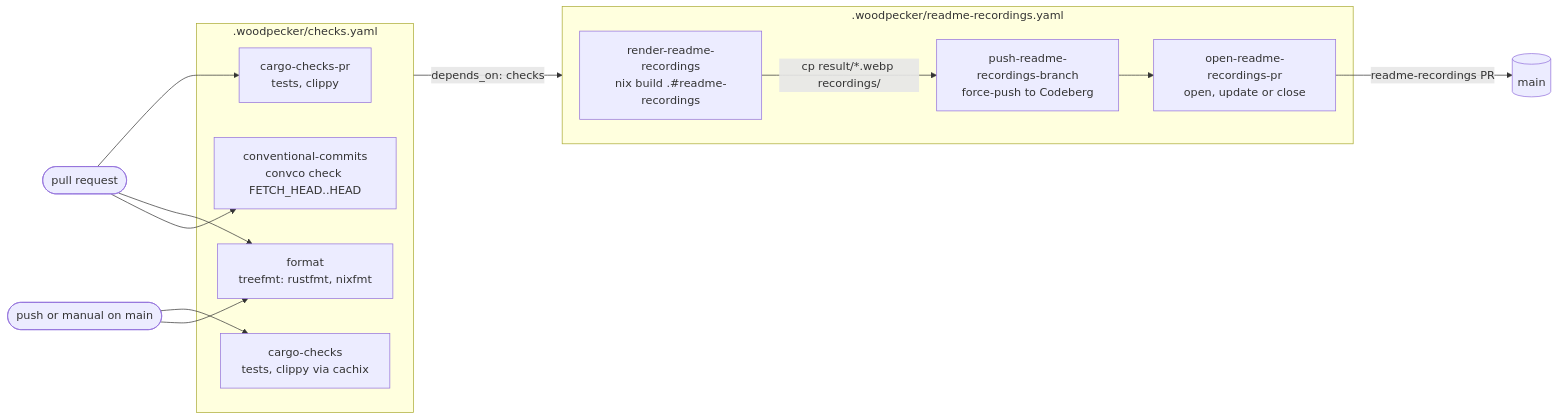
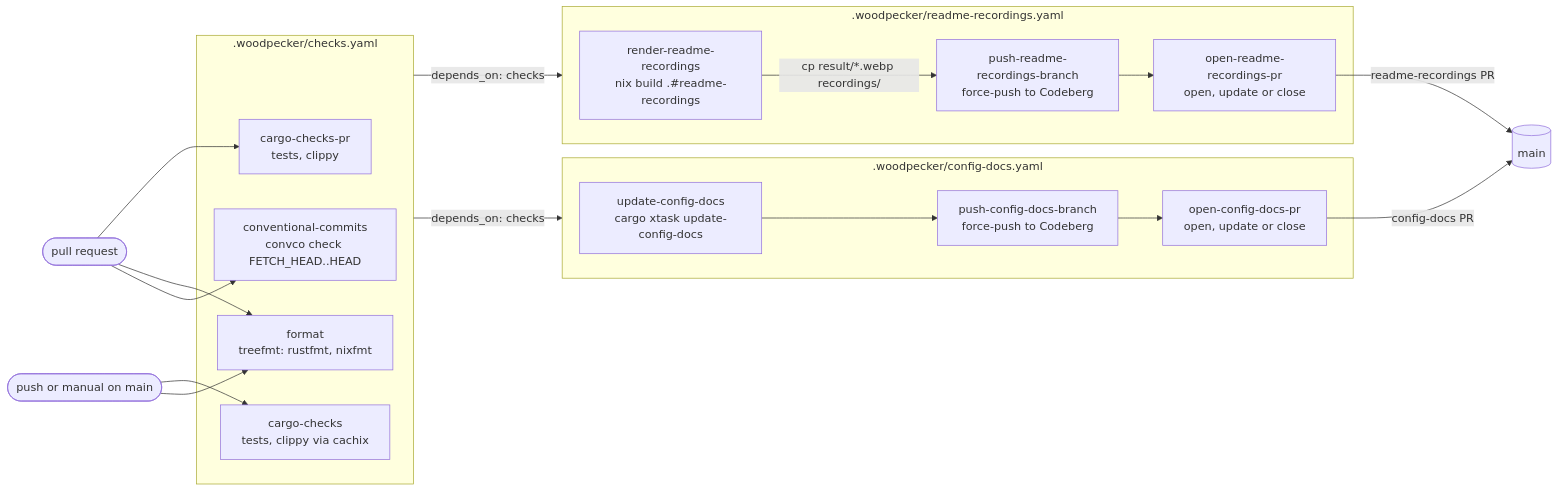
The second of 3 diagrams in docs/development.md (wvhulle/sottomano), drawn with Mermaid before and after one commit. The commit also changed other lines of this file and 12 other files, not shown here.

````diff
--- a/docs/development.md
+++ b/docs/development.md
@@ -98,27 +102,37 @@
 ```mermaid
 flowchart LR
   pull_request_event(["pull request"])
   main_push_event(["push or manual on main"])
 
   subgraph checks_pipeline [".woodpecker/checks.yaml"]
     cargo_checks_pr["cargo-checks-pr<br>tests, clippy"]
     cargo_checks["cargo-checks<br>tests, clippy via cachix"]
     format_check["format<br>treefmt: rustfmt, nixfmt"]
     conventional_commits["conventional-commits<br>convco check FETCH_HEAD..HEAD"]
   end
 
   subgraph recordings_pipeline [".woodpecker/readme-recordings.yaml"]
     render_recordings["render-readme-recordings<br>nix build .#readme-recordings"]
     push_recordings_branch["push-readme-recordings-branch<br>force-push to Codeberg"]
     open_recordings_pull_request["open-readme-recordings-pr<br>open, update or close"]
     render_recordings -->|"cp result/*.webp recordings/"| push_recordings_branch
     push_recordings_branch --> open_recordings_pull_request
   end
 
+  subgraph config_docs_pipeline [".woodpecker/config-docs.yaml"]
+    update_config_docs["update-config-docs<br>cargo xtask update-config-docs"]
+    push_config_docs_branch["push-config-docs-branch<br>force-push to Codeberg"]
+    open_config_docs_pull_request["open-config-docs-pr<br>open, update or close"]
+    update_config_docs --> push_config_docs_branch
+    push_config_docs_branch --> open_config_docs_pull_request
+  end
+
   main_branch[("main")]
 
   pull_request_event --> cargo_checks_pr & format_check & conventional_commits
   main_push_event --> cargo_checks & format_check
   checks_pipeline -->|"depends_on: checks"| recordings_pipeline
+  checks_pipeline -->|"depends_on: checks"| config_docs_pipeline
   open_recordings_pull_request -->|readme-recordings PR| main_branch
+  open_config_docs_pull_request -->|config-docs PR| main_branch
 ```
````
